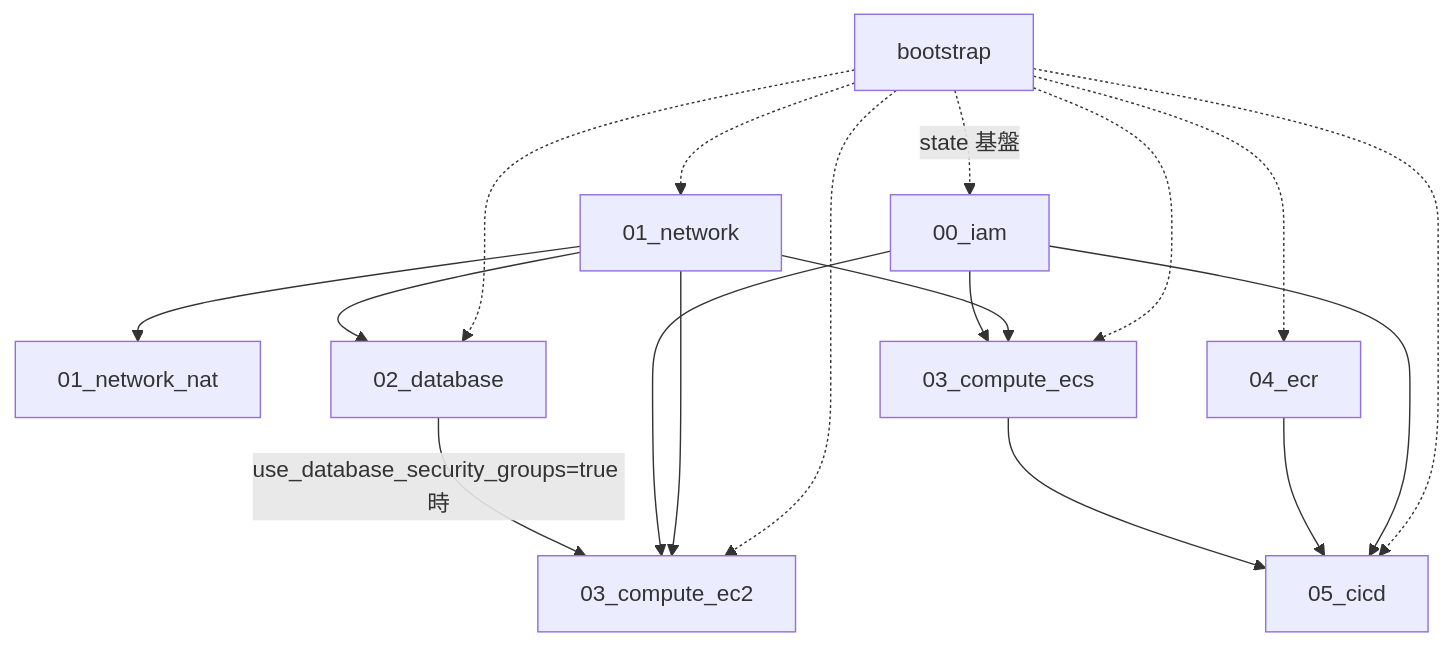
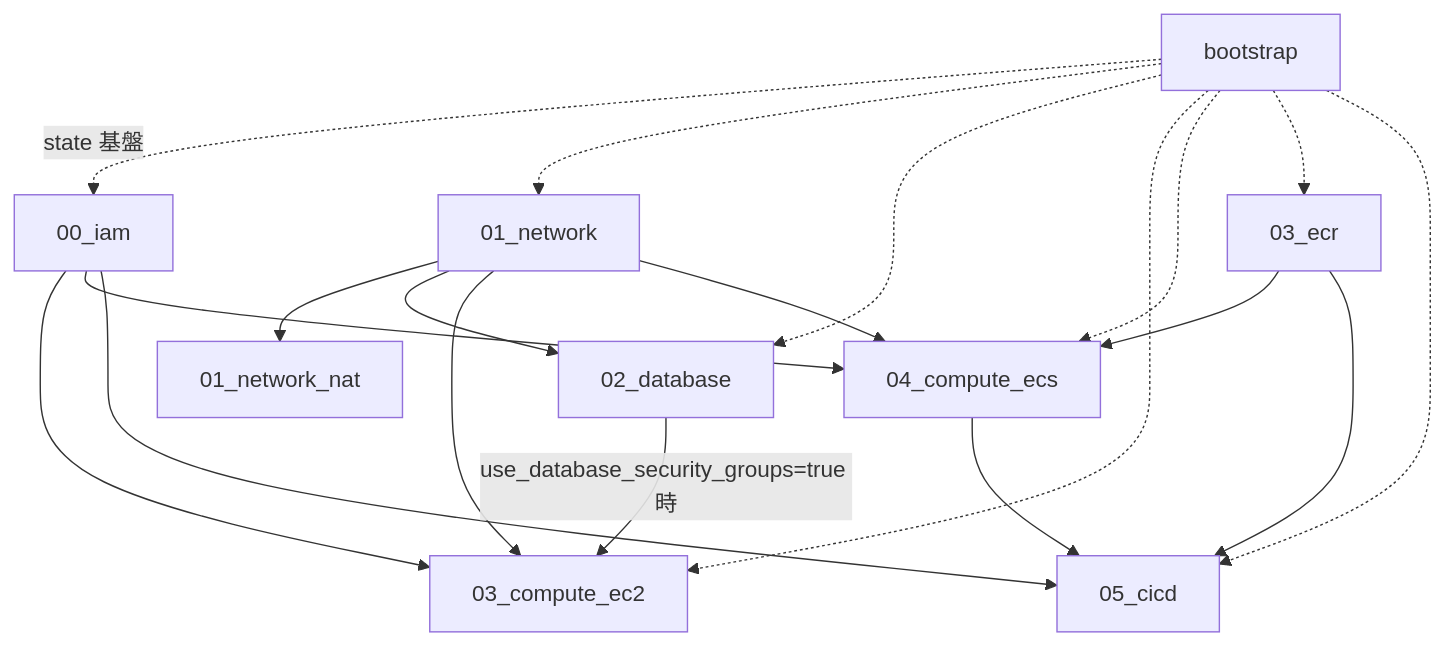
Before and after one commit to r-fukuda-git/r-fukuda-terraform: the diagram in README.md, drawn with Mermaid. The commit also changed other lines of this file and 16 other files, not shown here.

First line of the commit message:
[refactor] ECR/ECS スタックを 03_ecr・04_compute_ecs に並べ替え

````diff
--- a/README.md
+++ b/README.md
@@ -31,31 +31,32 @@
 ```mermaid
 flowchart TD
   bootstrap[bootstrap]
   iam[00_iam]
   network[01_network]
   network_nat[01_network_nat]
   database[02_database]
   ec2[03_compute_ec2]
-  ecs[03_compute_ecs]
-  ecr[04_ecr]
+  ecr[03_ecr]
+  ecs[04_compute_ecs]
   cicd[05_cicd]
 
   bootstrap -.->|state 基盤| iam
   bootstrap -.-> network
   bootstrap -.-> database
   bootstrap -.-> ec2
   bootstrap -.-> ecs
   bootstrap -.-> ecr
   bootstrap -.-> cicd
 
   network --> network_nat
   network --> database
   network --> ec2
   network --> ecs
   iam --> ec2
   iam --> ecs
   iam --> cicd
   database -->|use_database_security_groups=true 時| ec2
+  ecr --> ecs
   ecr --> cicd
   ecs --> cicd
 ```
````
